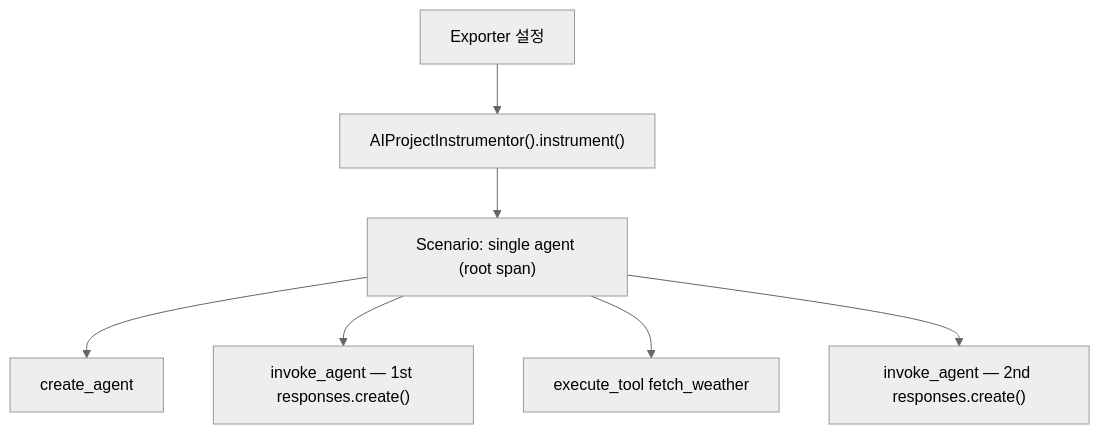
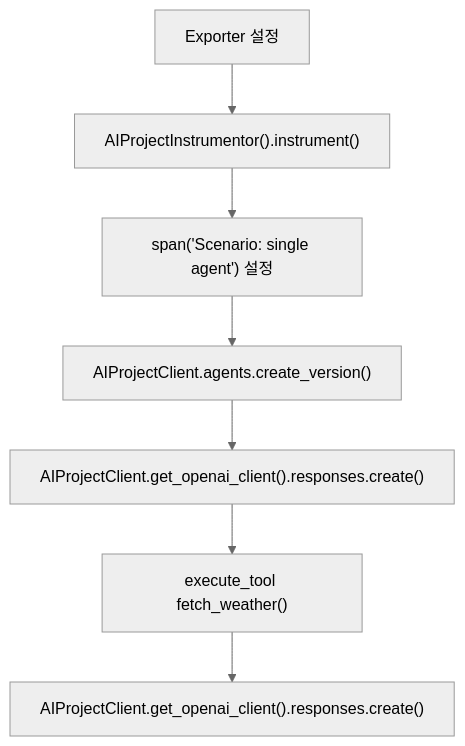
Before and after one commit to ivorycloud1013/lab-azure-hol-ai-services: diagram 13 of 16 in python/README.md, drawn with Mermaid. The commit also changed other lines of this file and 5 other files, not shown here.

````diff
--- a/python/README.md
+++ b/python/README.md
@@ -605,9 +605,5 @@
 ```mermaid
 %%{init: {"theme": "neutral"}}%%
 flowchart TB
-    SETUP["Exporter 설정"] --> INST["AIProjectInstrumentor().instrument()"] --> ROOT
-    ROOT["Scenario: single agent (root span)"] --> C["create_agent"]
-    ROOT --> I1["invoke_agent — 1st responses.create()"]
-    ROOT --> T["execute_tool fetch_weather"]
-    ROOT --> I2["invoke_agent — 2nd responses.create()"]
+    SETUP["Exporter 설정"] --> INST["AIProjectInstrumentor().instrument()"] --> ROOT["span('Scenario: single agent') 설정"] --> C["AIProjectClient.agents.create_version()"] --> I1["AIProjectClient.get_openai_client().responses.create()"] --> T["execute_tool fetch_weather()"] --> I2["AIProjectClient.get_openai_client().responses.create()"]
 ```
````
